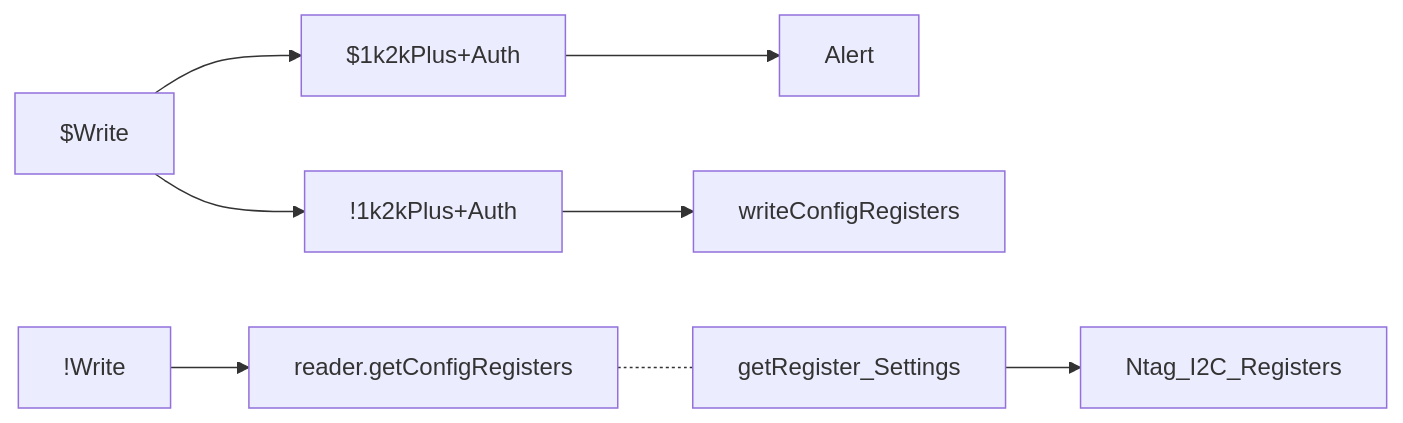
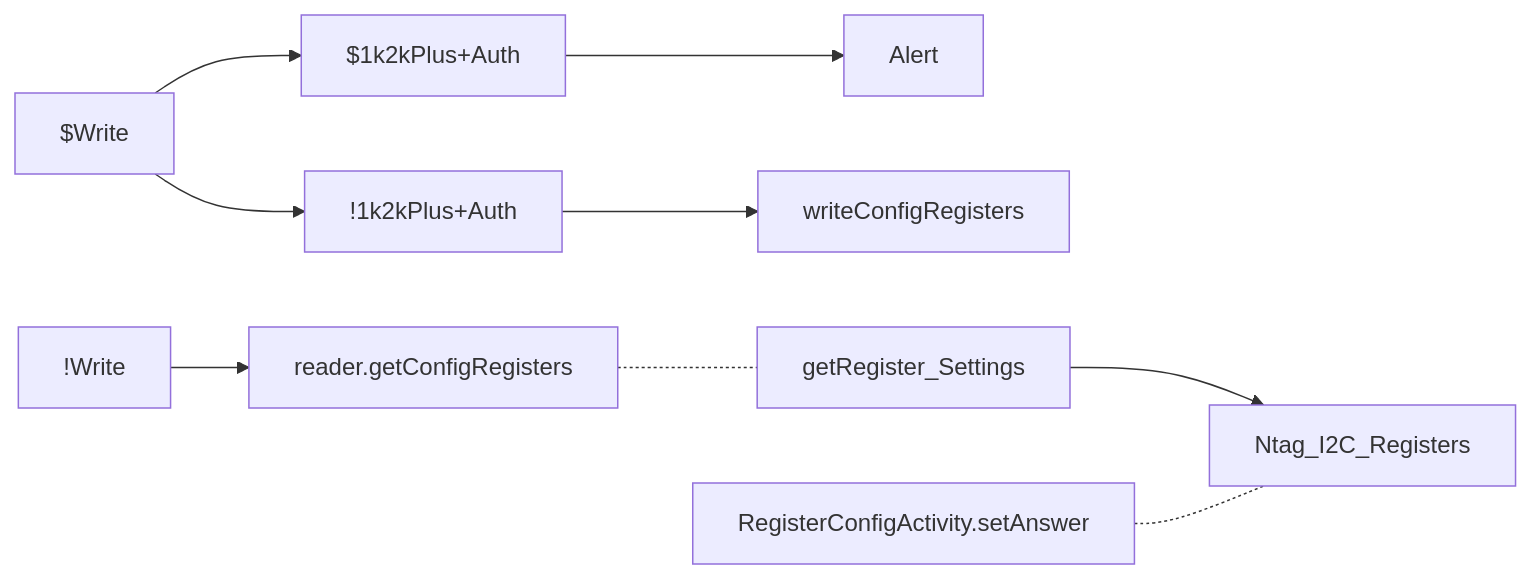
Before and after one commit to gordianknotC/nxp_note: the ninth of 9 diagrams in nxp/NtagDemo_mermaid.md, drawn with Mermaid. The commit also changed other lines of this file, not shown here.

Commit message:
nxp/NtagDemo_mermaid.md updated from https://stackedit.io/

````diff
--- a/nxp/NtagDemo_mermaid.md
+++ b/nxp/NtagDemo_mermaid.md
@@ -285,17 +285,17 @@
 ```mermaid
 graph LR
 $Write
 !Write
 $1k2kPlus+Auth
 !1k2kPlus+Auth
 
 $Write --> $1k2kPlus+Auth
 $1k2kPlus+Auth --> Alert
 $Write --> !1k2kPlus+Auth
 !1k2kPlus+Auth --> writeConfigRegisters
 
 !Write --> reader.getConfigRegisters
 reader.getConfigRegisters -.- getRegister_Settings
 getRegister_Settings --> Ntag_I2C_Registers
-
+RegisterConfigActivity.setAnswer -.- Ntag_I2C_Registers
 ```
````
